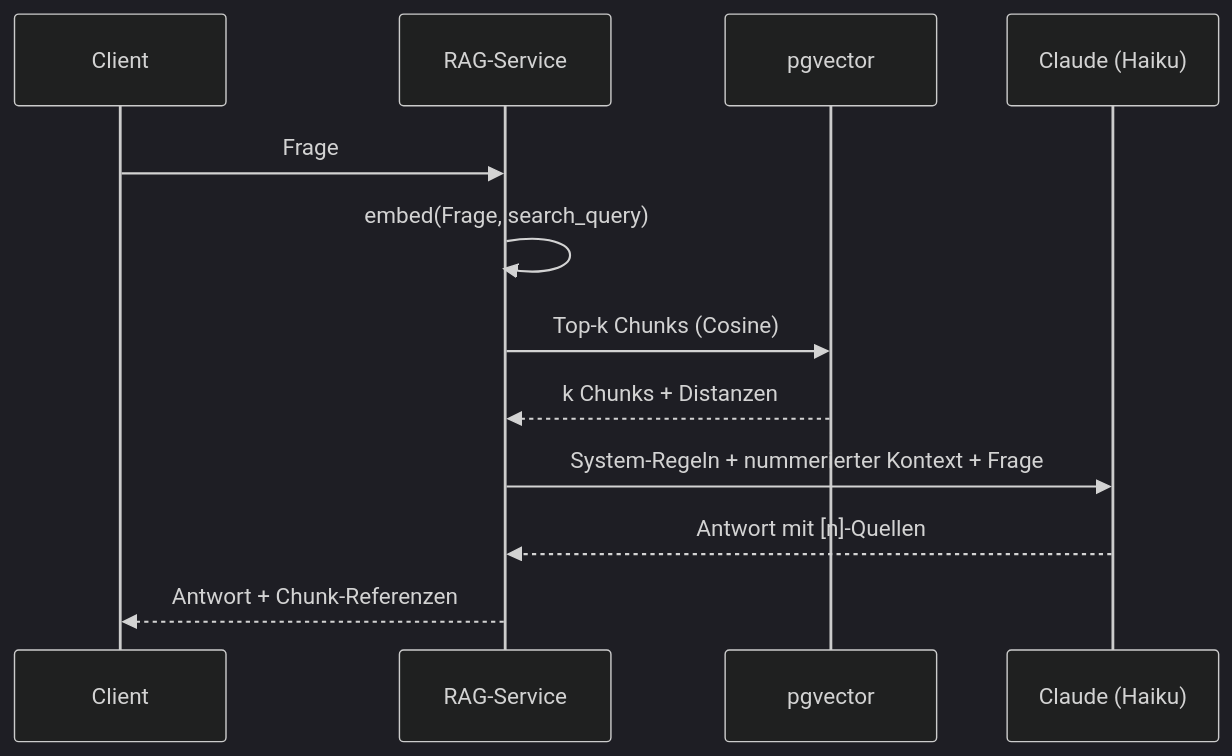
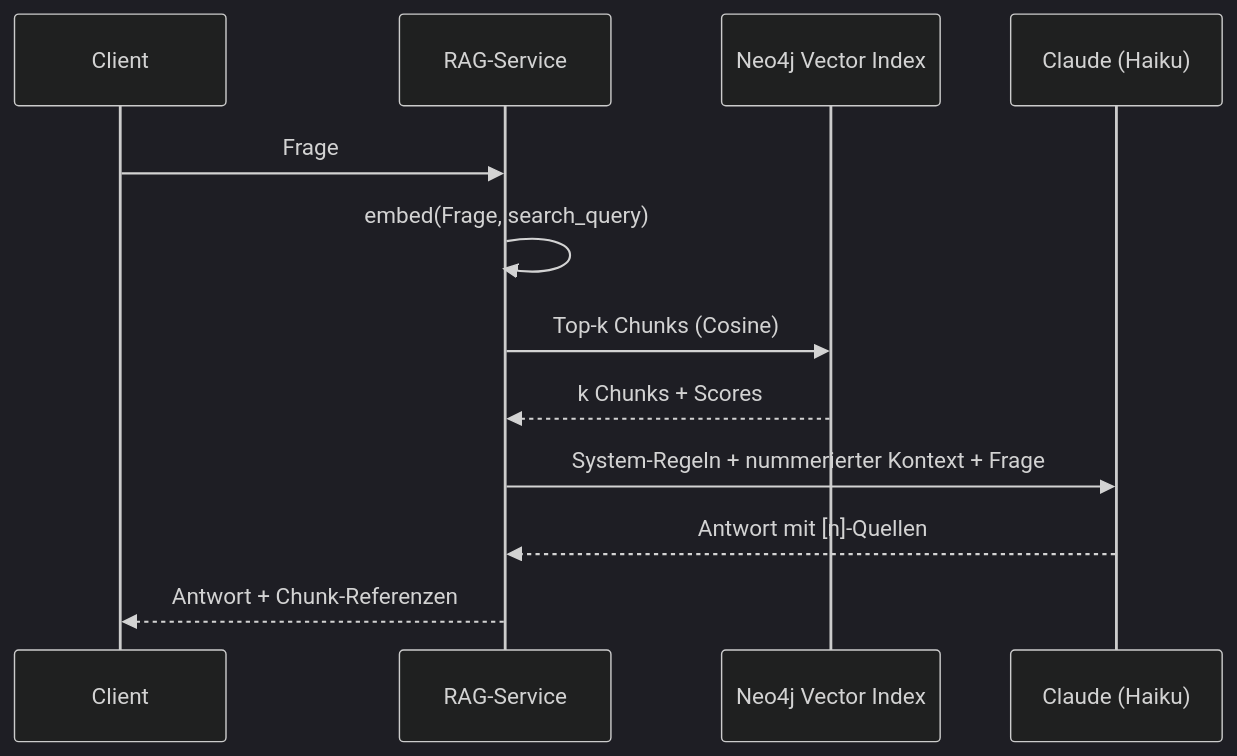
Before and after one commit to AndreyBulezyuk/Architecting_AI_Ready_Software: the second of 2 diagrams in tag-2/02-dokumentenpipeline-embeddings/theorie.md, drawn with Mermaid (dark theme). The commit also changed other lines of this file and 68 other files, not shown here.

````diff
--- a/tag-2/02-dokumentenpipeline-embeddings/theorie.md
+++ b/tag-2/02-dokumentenpipeline-embeddings/theorie.md
@@ -101,14 +101,14 @@
 ```mermaid
 sequenceDiagram
     participant U as Client
     participant R as RAG-Service
-    participant V as pgvector
+    participant V as Neo4j Vector Index
     participant L as Claude (Haiku)
     U->>R: Frage
     R->>R: embed(Frage, search_query)
     R->>V: Top-k Chunks (Cosine)
-    V-->>R: k Chunks + Distanzen
+    V-->>R: k Chunks + Scores
     R->>L: System-Regeln + nummerierter Kontext + Frage
     L-->>R: Antwort mit [n]-Quellen
     R-->>U: Antwort + Chunk-Referenzen
 ```
````
